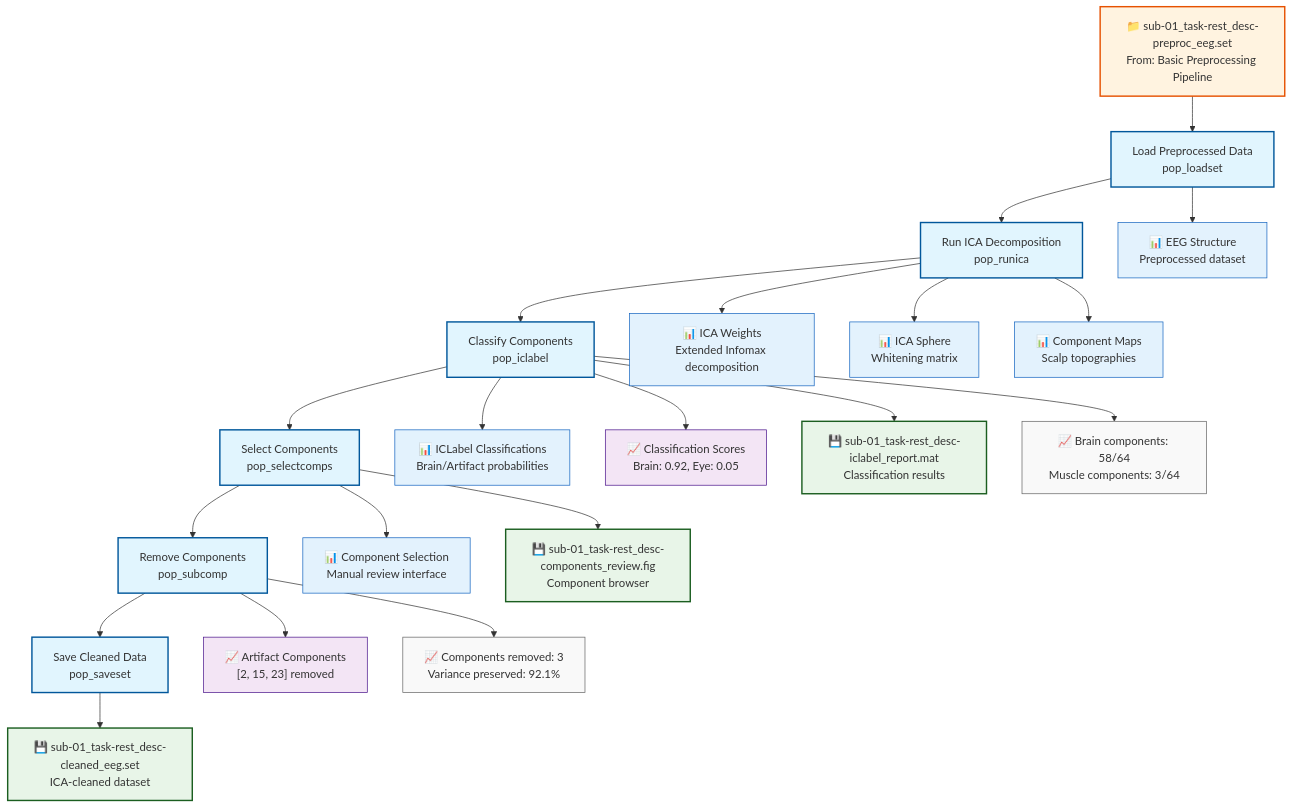
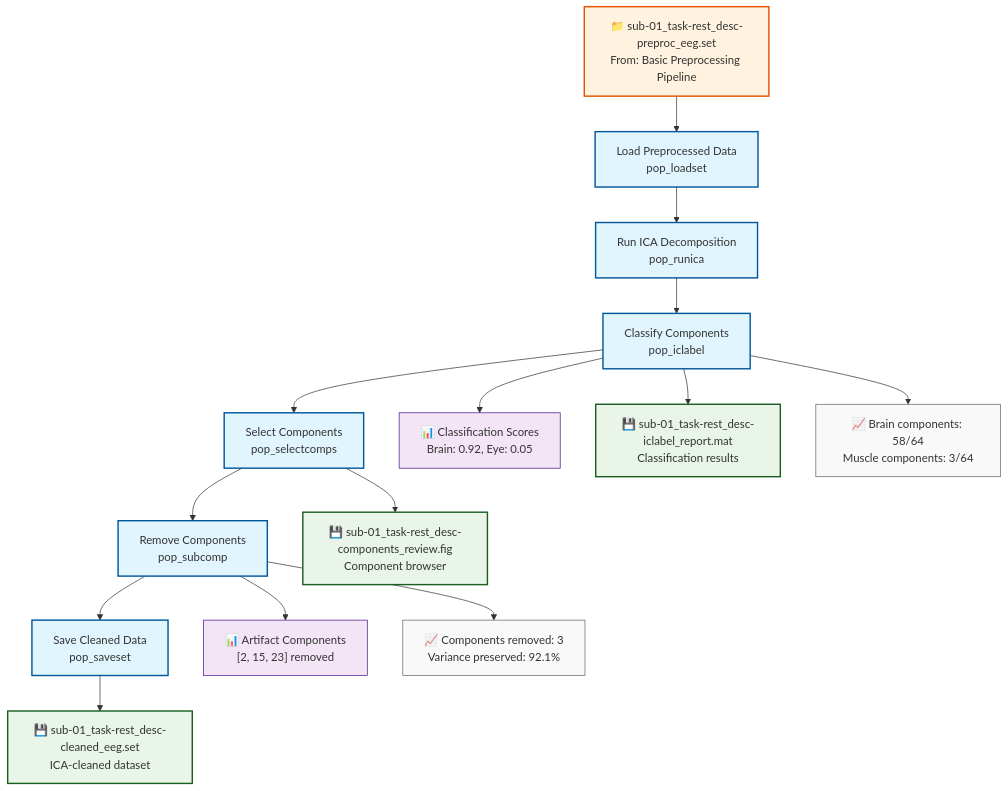
Before and after one commit to signalJourney/signalJourney: the diagram in docs/examples/ica_decomposition_eeglab.md, drawn with Mermaid. The commit also changed 11 other files, not shown here.

````diff
--- a/docs/examples/ica_decomposition_eeglab.md
+++ b/docs/examples/ica_decomposition_eeglab.md
@@ -17,47 +17,37 @@
 ```mermaid
 flowchart TD
     A[Load Preprocessed Data<br/>pop_loadset] --> B[Run ICA Decomposition<br/>pop_runica]
     B --> C[Classify Components<br/>pop_iclabel]
     C --> D[Select Components<br/>pop_selectcomps]
     D --> E[Remove Components<br/>pop_subcomp]
     E --> F[Save Cleaned Data<br/>pop_saveset]
     
-    %% Input from basic preprocessing
+    %% Input file
     G["📁 sub-01_task-rest_desc-preproc_eeg.set<br/>From: Basic Preprocessing Pipeline"] --> A
     
-    %% Intermediate outputs
-    A --> A1["📊 EEG Structure<br/>Preprocessed dataset"]
-    B --> B1["📊 ICA Weights<br/>Extended Infomax decomposition"]
-    C --> C1["📊 ICLabel Classifications<br/>Brain/Artifact probabilities"]
-    D --> D1["📊 Component Selection<br/>Manual review interface"]
-    
-    %% ICA analysis data
-    B --> V1["📊 ICA Sphere<br/>Whitening matrix"]
-    B --> V2["📊 Component Maps<br/>Scalp topographies"]
-    C --> V3["📈 Classification Scores<br/>Brain: 0.92, Eye: 0.05"]
-    E --> V4["📈 Artifact Components<br/>[2, 15, 23] removed"]
+    %% Inline data
+    C --> V3["📊 Classification Scores<br/>Brain: 0.92, Eye: 0.05"]
+    E --> V4["📊 Artifact Components<br/>[2, 15, 23] removed"]
     
     %% Final outputs
     F --> H["💾 sub-01_task-rest_desc-cleaned_eeg.set<br/>ICA-cleaned dataset"]
     D --> I["💾 sub-01_task-rest_desc-components_review.fig<br/>Component browser"]
     C --> J["💾 sub-01_task-rest_desc-iclabel_report.mat<br/>Classification results"]
     
     %% Quality metrics
     C --> Q1["📈 Brain components: 58/64<br/>Muscle components: 3/64"]
     E --> Q2["📈 Components removed: 3<br/>Variance preserved: 92.1%"]
 
     %% Styling
     classDef processStep fill:#e1f5fe,stroke:#01579b,stroke-width:2px
     classDef inputFile fill:#fff3e0,stroke:#e65100,stroke-width:2px
     classDef outputFile fill:#e8f5e8,stroke:#1b5e20,stroke-width:2px
-    classDef inMemoryData fill:#e3f2fd,stroke:#1565c0,stroke-width:1px
     classDef inlineData fill:#f3e5f5,stroke:#4a148c,stroke-width:1px
     classDef qualityMetric fill:#f9f9f9,stroke:#666,stroke-width:1px
 
     class A,B,C,D,E,F processStep
     class G inputFile
     class H,I,J outputFile
-    class A1,B1,C1,D1,V1,V2 inMemoryData
     class V3,V4 inlineData
     class Q1,Q2 qualityMetric
 ```
````
